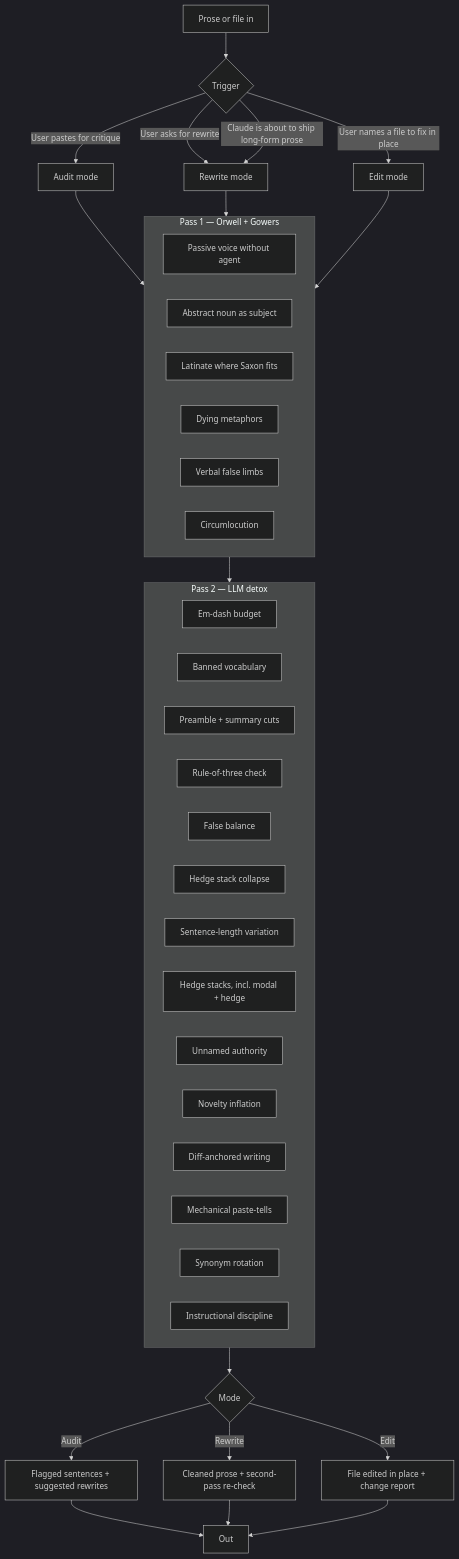
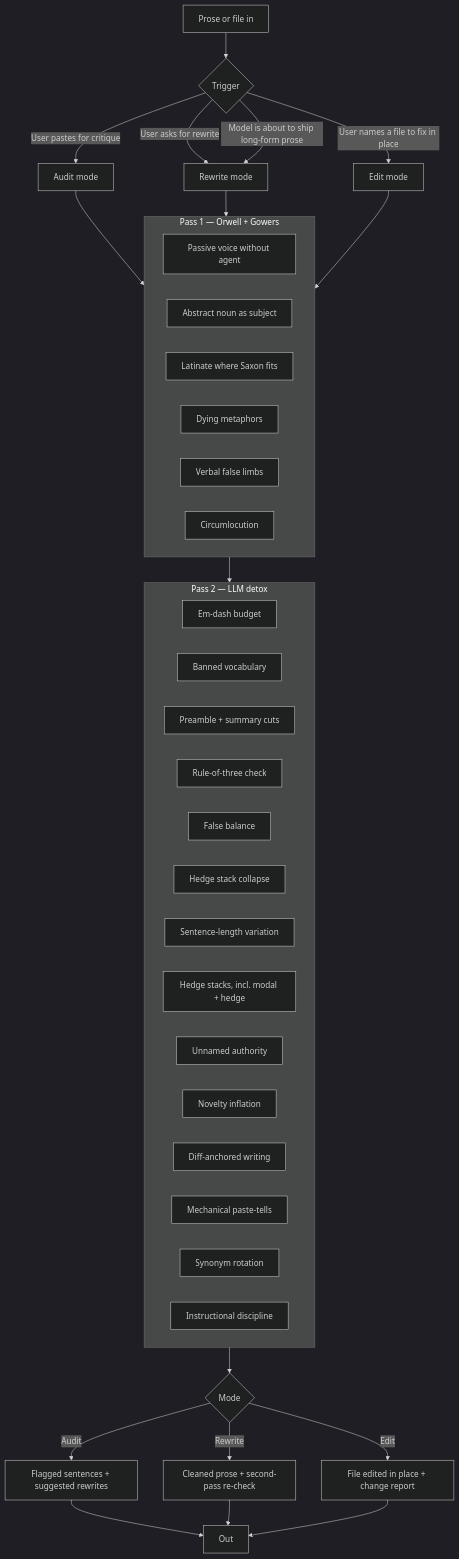
One commit to b1rdmania/claude-plain-english-skill changed the diagram in README.md. Above: the diagram before and after it, drawn with Mermaid (dark theme). The commit also changed other lines of this file and 17 other files, not shown here.

````diff
--- a/README.md
+++ b/README.md
@@ -64,49 +70,49 @@
 ```mermaid
 flowchart TD
     A[Prose or file in] --> B{Trigger}
     B -->|User pastes for critique| C[Audit mode]
     B -->|User asks for rewrite| D[Rewrite mode]
-    B -->|Claude is about to ship long-form prose| D
+    B -->|Model is about to ship long-form prose| D
     B -->|User names a file to fix in place| K[Edit mode]
 
     C --> P1
     D --> P1
     K --> P1
 
     subgraph P1[Pass 1 — Orwell + Gowers]
         E1[Passive voice without agent]
         E2[Abstract noun as subject]
         E3[Latinate where Saxon fits]
         E4[Dying metaphors]
         E5[Verbal false limbs]
         E6[Circumlocution]
     end
 
     P1 --> P2
 
     subgraph P2[Pass 2 — LLM detox]
         F1[Em-dash budget]
         F2[Banned vocabulary]
         F3[Preamble + summary cuts]
         F4[Rule-of-three check]
         F5[False balance]
         F6[Hedge stack collapse]
         F7[Sentence-length variation]
         F8[Hedge stacks, incl. modal + hedge]
         F9[Unnamed authority]
         F10[Novelty inflation]
         F11[Diff-anchored writing]
         F12[Mechanical paste-tells]
         F13[Synonym rotation]
         F14[Instructional discipline]
     end
 
     P2 --> G{Mode}
     G -->|Audit| H[Flagged sentences + suggested rewrites]
     G -->|Rewrite| I[Cleaned prose + second-pass re-check]
     G -->|Edit| J[File edited in place + change report]
 
     H --> Z[Out]
     I --> Z
     J --> Z
 ```
````
